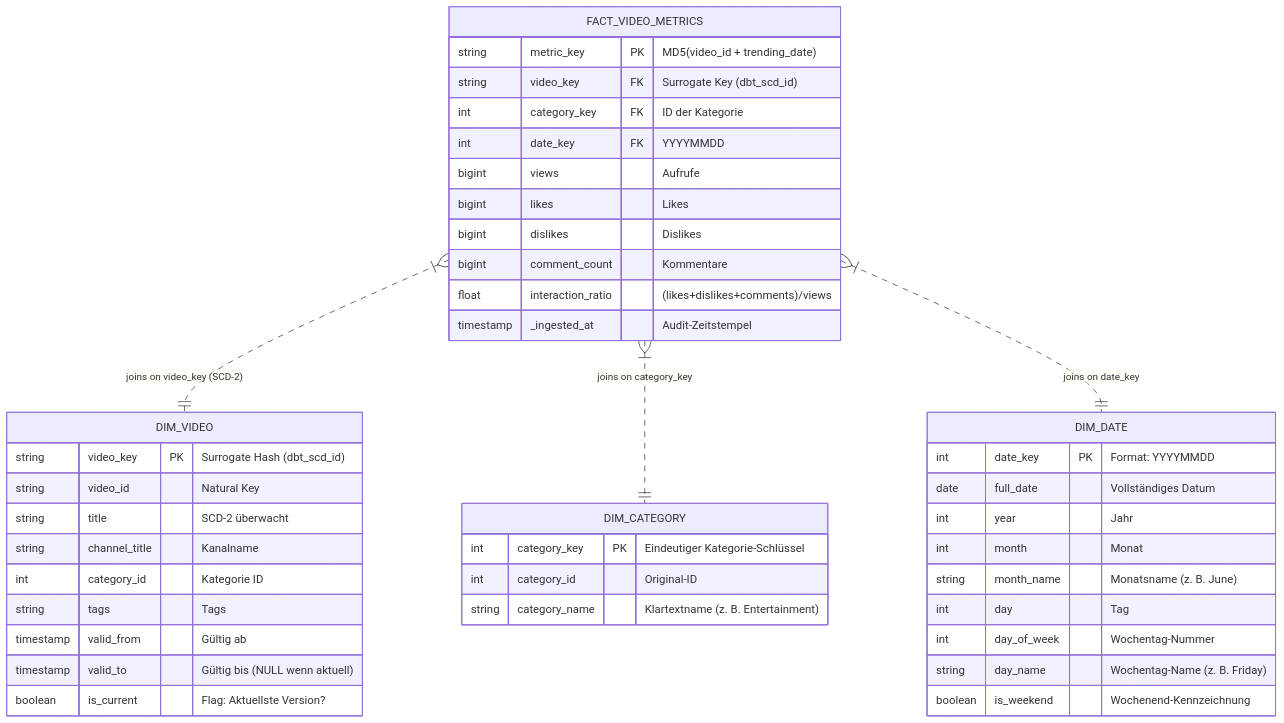
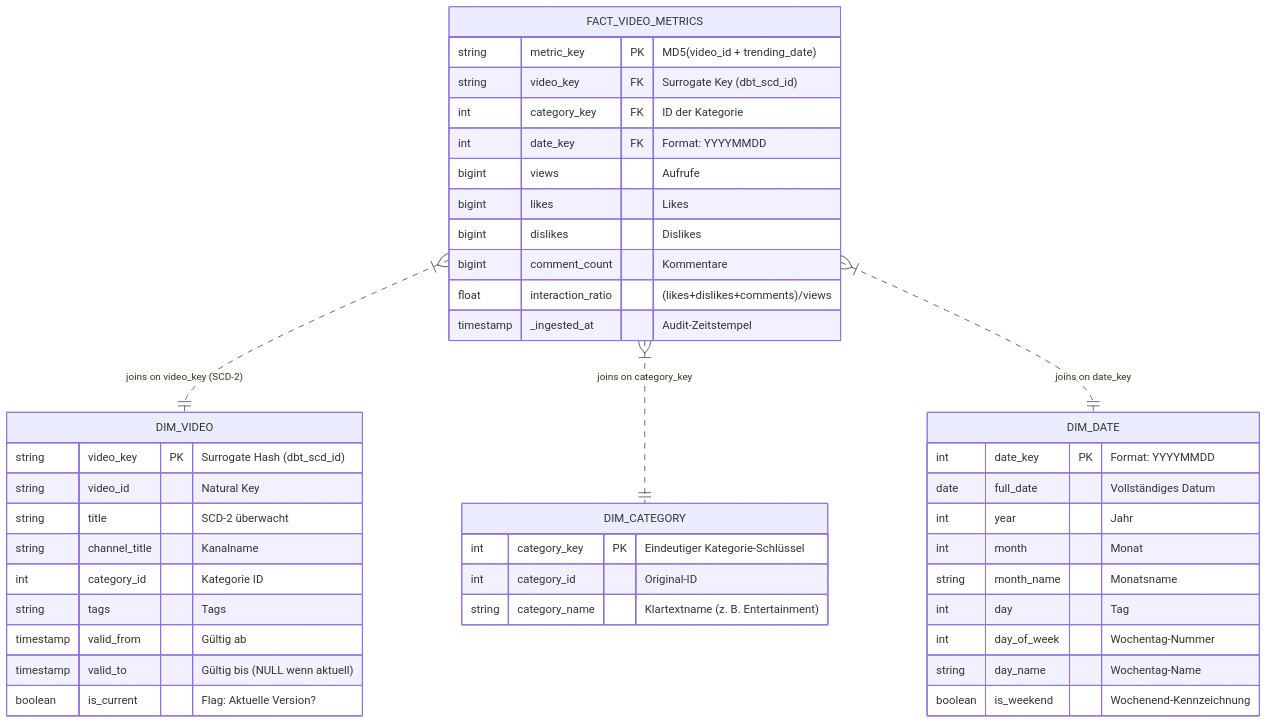
One commit to BHW80/DE_Capstone_2026 changed the second of 2 diagrams in README.md. Above: the diagram before and after it, drawn with Mermaid. The commit also changed other lines of this file, not shown here.

````diff
--- a/README.md
+++ b/README.md
@@ -168,49 +128,49 @@
 ```mermaid
 erDiagram
     FACT_VIDEO_METRICS }|..|| DIM_VIDEO : "joins on video_key (SCD-2)"
     FACT_VIDEO_METRICS }|..|| DIM_CATEGORY : "joins on category_key"
     FACT_VIDEO_METRICS }|..|| DIM_DATE : "joins on date_key"
 
     FACT_VIDEO_METRICS {
         string metric_key PK "MD5(video_id + trending_date)"
         string video_key FK "Surrogate Key (dbt_scd_id)"
         int category_key FK "ID der Kategorie"
-        int date_key FK "YYYYMMDD"
+        int date_key FK "Format: YYYYMMDD"
         bigint views "Aufrufe"
         bigint likes "Likes"
         bigint dislikes "Dislikes"
         bigint comment_count "Kommentare"
         float interaction_ratio "(likes+dislikes+comments)/views"
         timestamp _ingested_at "Audit-Zeitstempel"
     }
 
     DIM_VIDEO {
         string video_key PK "Surrogate Hash (dbt_scd_id)"
         string video_id "Natural Key"
         string title "SCD-2 überwacht"
         string channel_title "Kanalname"
         int category_id "Kategorie ID"
         string tags "Tags"
         timestamp valid_from "Gültig ab"
         timestamp valid_to "Gültig bis (NULL wenn aktuell)"
-        boolean is_current "Flag: Aktuellste Version?"
+        boolean is_current "Flag: Aktuelle Version?"
     }
 
     DIM_CATEGORY {
         int category_key PK "Eindeutiger Kategorie-Schlüssel"
         int category_id "Original-ID"
         string category_name "Klartextname (z. B. Entertainment)"
     }
 
     DIM_DATE {
         int date_key PK "Format: YYYYMMDD"
         date full_date "Vollständiges Datum"
         int year "Jahr"
         int month "Monat"
-        string month_name "Monatsname (z. B. June)"
+        string month_name "Monatsname"
         int day "Tag"
         int day_of_week "Wochentag-Nummer"
-        string day_name "Wochentag-Name (z. B. Friday)"
+        string day_name "Wochentag-Name"
         boolean is_weekend "Wochenend-Kennzeichnung"
     }
 ```
````
